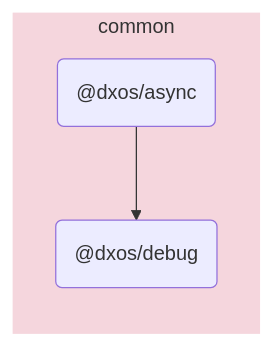
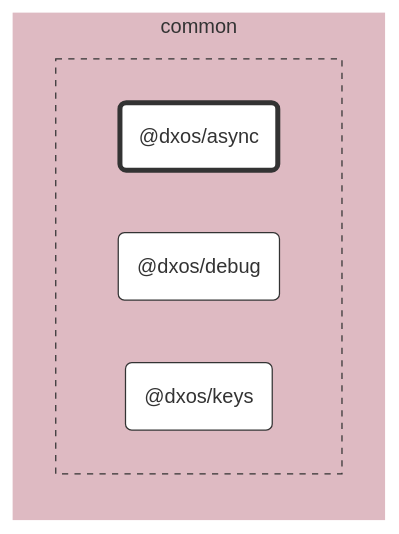
Before and after one commit to dxos/dxos: the diagram in packages/common/async/docs/README.md, drawn with Mermaid. The commit also changed other lines of this file and 89 other files, not shown here.

````diff
--- a/packages/common/async/docs/README.md
+++ b/packages/common/async/docs/README.md
@@ -5,11 +7,36 @@
 ```mermaid
-flowchart LR;
+%%{ init: {'flowchart':{'curve':'basis'}} }%%
 
+flowchart LR
+
+%% Links
+
+%% Sections
 subgraph common
-  style common fill:#f5d6dd,stroke:#fff;
-  dxos/async("@dxos/async");
-  dxos/debug("@dxos/debug");
+  style common fill:#debac2,stroke:#fff;
+
+
+  subgraph common-excluded [ ]
+    style common-excluded fill:#debac2,stroke:#333,stroke-dasharray:5 5;
+
+    dxos/async("@dxos/async")
+    dxos/debug("@dxos/debug")
+    dxos/keys("@dxos/keys")
+  end
 end
 
-dxos/async --> dxos/debug;
+
+%% Hyperlinks
+click dxos/debug "dxos/dxos/tree/main/packages/common/debug/docs";
+click dxos/keys "dxos/dxos/tree/main/packages/common/keys/docs";
+
+%% Styles
+classDef rootNode fill:#fff,stroke:#333,stroke-width:4px
+classDef defaultNode fill:#fff,stroke:#333,stroke-width:1px
+linkStyle default stroke:#333,stroke-width:1px
+
+dxos/async:::rootNode
+
+dxos/debug:::defaultNode
+dxos/keys:::defaultNode
 ```
````
